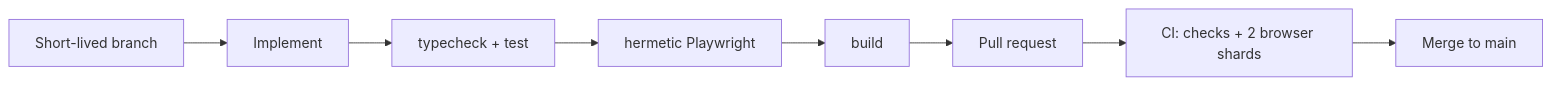
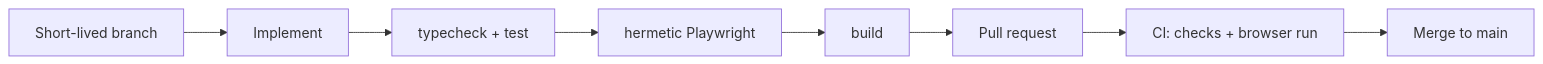
The diagram in AGENTS.md (nhphuong2504/shuttle-scheduler), drawn with Mermaid before and after one commit. The commit also changed other lines of this file and 1 other file, not shown here.

First line of the commit message:
Keep the browser job at one runner; the measurement said so

````diff
--- a/AGENTS.md
+++ b/AGENTS.md
@@ -70,10 +70,10 @@
 ```mermaid
 flowchart LR
   branch["Short-lived branch"] --> dev[Implement]
   dev --> gate1["typecheck + test"]
   gate1 --> gate2["hermetic Playwright"]
   gate2 --> final["build"]
   final --> pr["Pull request"]
-  pr --> ci["CI: checks + 2 browser shards"]
+  pr --> ci["CI: checks + browser run"]
   ci --> merge["Merge to main"]
 ```
````
